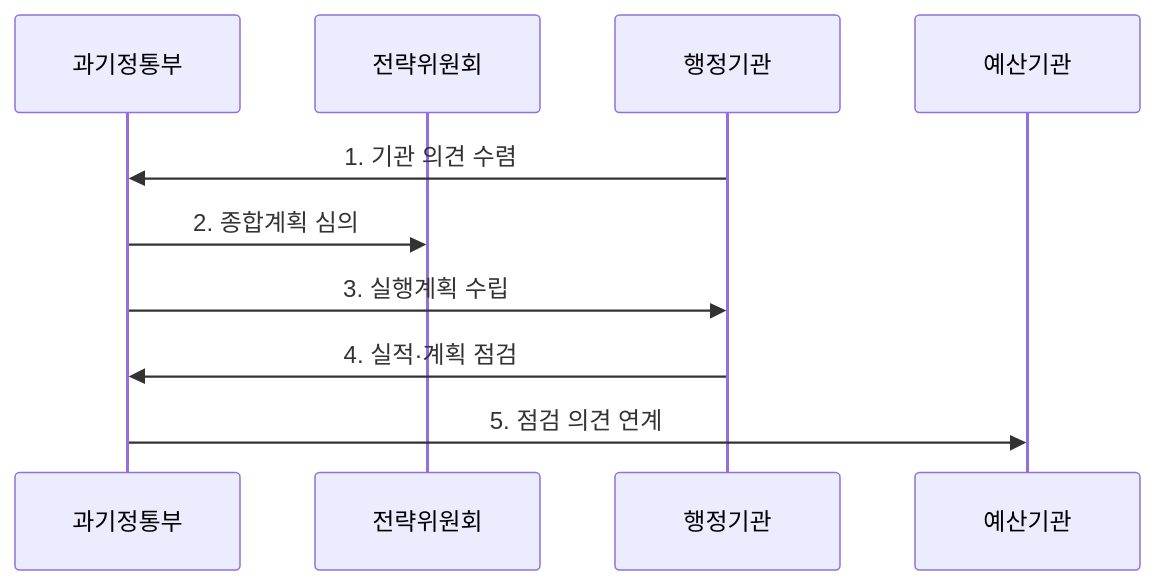
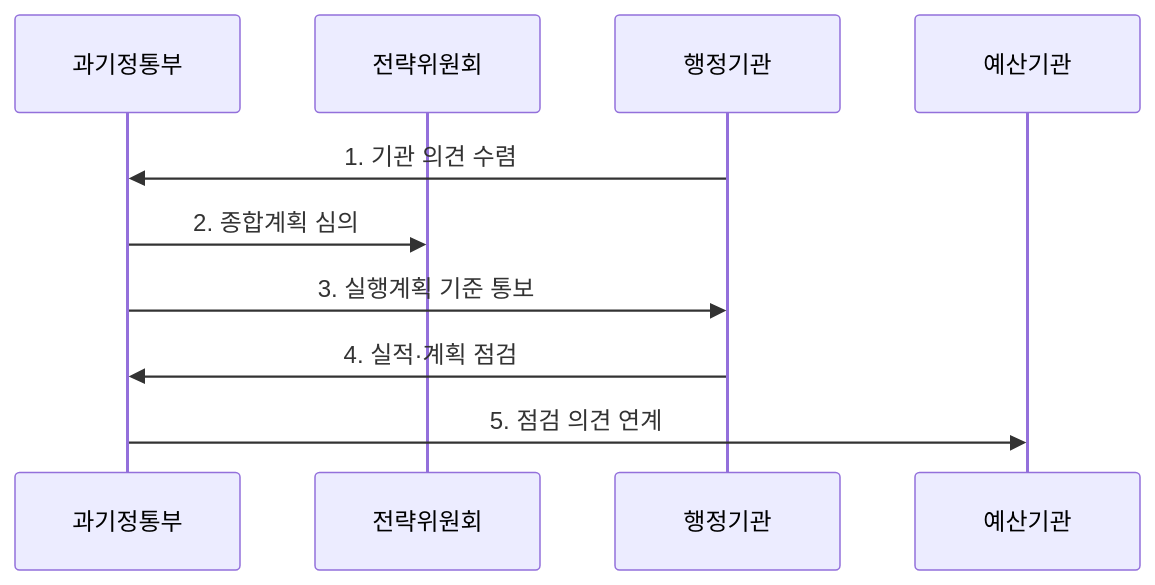
One commit to agnusdei1207/knowledge-base changed the second of 2 diagrams in src/content/docs/notes/03-software/226_intelligent_informatization_framework_act.md. Above: the diagram before and after it, drawn with Mermaid. The commit also changed other lines of this file and 9 other files, not shown here.

````diff
--- a/src/content/docs/notes/03-software/226_intelligent_informatization_framework_act.md
+++ b/src/content/docs/notes/03-software/226_intelligent_informatization_framework_act.md
@@ -80,12 +82,12 @@
 ```mermaid
 sequenceDiagram
     participant 과기정통부
     participant 전략위원회
     participant 행정기관
     participant 예산기관
     행정기관->>과기정통부: 1. 기관 의견 수렴
     과기정통부->>전략위원회: 2. 종합계획 심의
-    과기정통부->>행정기관: 3. 실행계획 수립
+    과기정통부->>행정기관: 3. 실행계획 기준 통보
     행정기관->>과기정통부: 4. 실적·계획 점검
     과기정통부->>예산기관: 5. 점검 의견 연계
 ```
````
